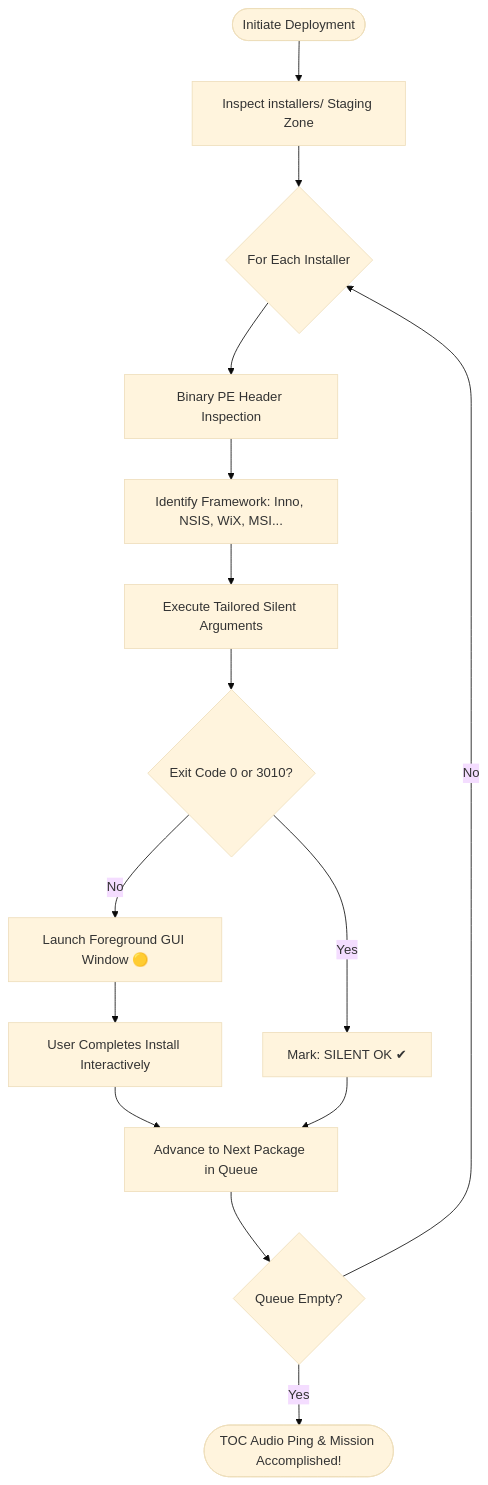
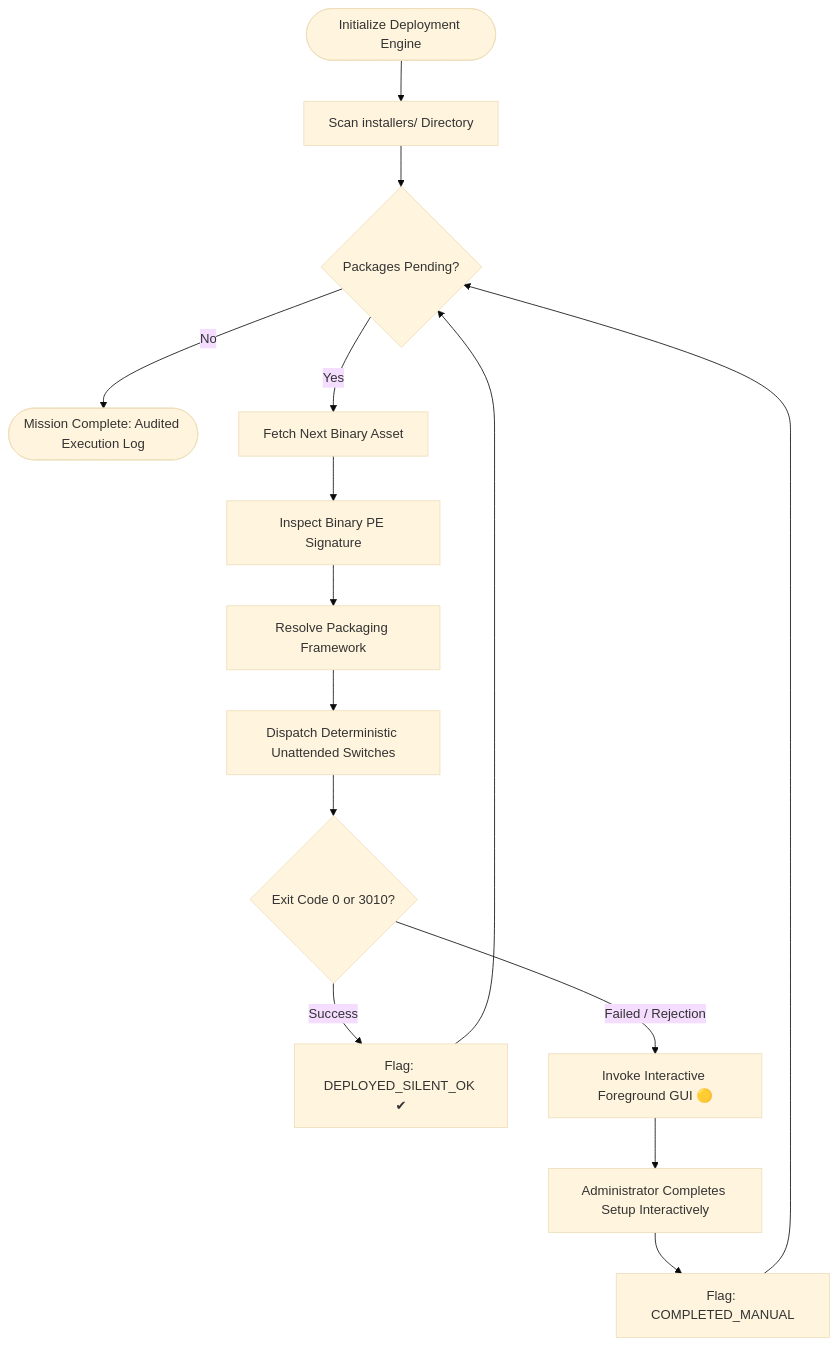
The diagram in README.md (Uwedwa/install-or-not), drawn with Mermaid (base theme) before and after one commit. The commit also changed other lines of this file and 1 other file, not shown here.

````diff
--- a/README.md
+++ b/README.md
@@ -121,21 +114,22 @@
 ```mermaid
 flowchart TD
-    Start([Initiate Deployment]) --> Scan[Inspect installers/ Staging Zone]
-    Scan --> Loop{For Each Installer}
+    Init([Initialize Deployment Engine]) --> ScanDir[Scan installers/ Directory]
+    ScanDir --> QueueCheck{Packages Pending?}
     
-    Loop --> Detect[Binary PE Header Inspection]
-    Detect --> Engine[Identify Framework: Inno, NSIS, WiX, MSI...]
-    Engine --> Silent[Execute Tailored Silent Arguments]
+    QueueCheck -- No --> Terminate([Mission Complete: Audited Execution Log])
+    QueueCheck -- Yes --> Dequeue[Fetch Next Binary Asset]
     
-    Silent --> Check{Exit Code 0 or 3010?}
-    Check -- Yes --> Success[Mark: SILENT OK ✔]
-    Check -- No --> Fallback[Launch Foreground GUI Window 🟡]
+    Dequeue --> ReadHeader[Inspect Binary PE Signature]
+    ReadHeader --> Identify[Resolve Packaging Framework]
+    Identify --> ExecuteSilent[Dispatch Deterministic Unattended Switches]
     
-    Fallback --> Manual[User Completes Install Interactively]
-    Manual --> Next[Advance to Next Package in Queue]
-    Success --> Next
+    ExecuteSilent --> Validate{Exit Code 0 or 3010?}
+    Validate -- Success --> MarkOK[Flag: DEPLOYED_SILENT_OK ✔]
+    Validate -- Failed / Rejection --> TriggerGUI[Invoke Interactive Foreground GUI 🟡]
     
-    Next --> AllDone{Queue Empty?}
-    AllDone -- No --> Loop
-    AllDone -- Yes --> Report([TOC Audio Ping & Mission Accomplished!])
+    TriggerGUI --> AwaitUser[Administrator Completes Setup Interactively]
+    AwaitUser --> MarkManual[Flag: COMPLETED_MANUAL]
+    
+    MarkOK --> QueueCheck
+    MarkManual --> QueueCheck
 ```
````
